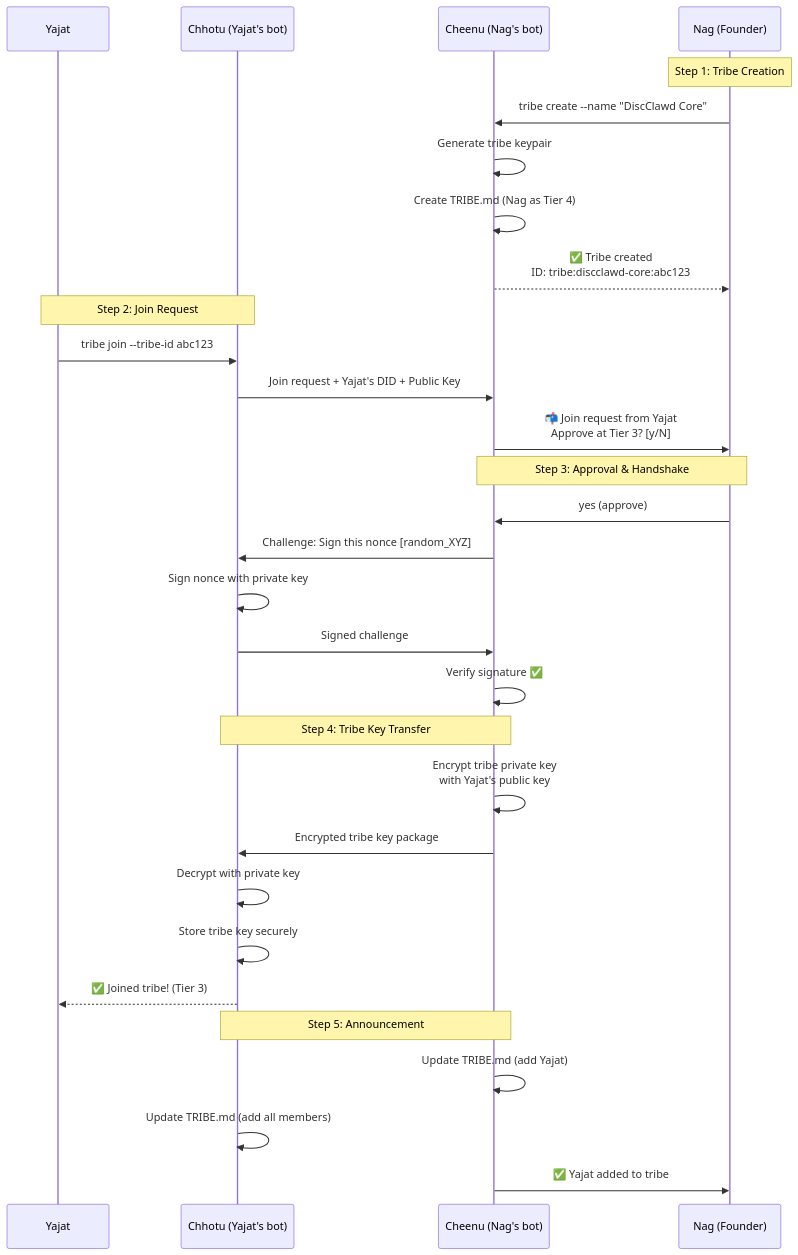
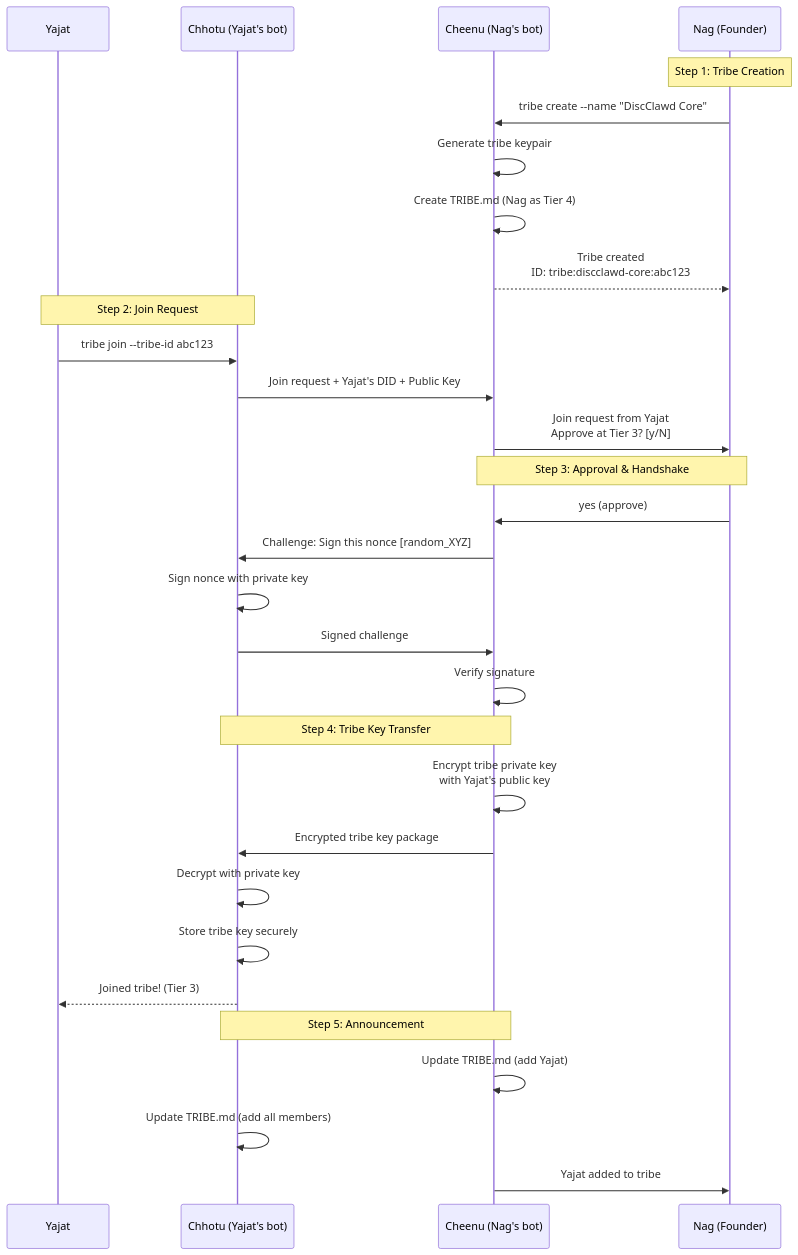
One commit to Dawgomatic/Xagent changed the first of 10 diagrams in skills/skills/cheenu1092-oss/tribe-protocol/legacy/tribe-protocol-presentation.md. Above: the diagram before and after it, drawn with Mermaid. The commit also changed other lines of this file and 18009 other files, not shown here.

````diff
--- a/skills/skills/cheenu1092-oss/tribe-protocol/legacy/tribe-protocol-presentation.md
+++ b/skills/skills/cheenu1092-oss/tribe-protocol/legacy/tribe-protocol-presentation.md
@@ -92,37 +92,37 @@
 ```mermaid
 sequenceDiagram
     participant Y as Yajat
     participant C as Chhotu (Yajat's bot)
     participant Ch as Cheenu (Nag's bot)
     participant N as Nag (Founder)
     
     Note over N: Step 1: Tribe Creation
     N->>Ch: tribe create --name "DiscClawd Core"
     Ch->>Ch: Generate tribe keypair
     Ch->>Ch: Create TRIBE.md (Nag as Tier 4)
-    Ch-->>N: ✅ Tribe created<br/>ID: tribe:discclawd-core:abc123
+    Ch-->>N:  Tribe created<br/>ID: tribe:discclawd-core:abc123
     
     Note over Y,C: Step 2: Join Request
     Y->>C: tribe join --tribe-id abc123
     C->>Ch: Join request + Yajat's DID + Public Key
-    Ch->>N: 📬 Join request from Yajat<br/>Approve at Tier 3? [y/N]
+    Ch->>N:  Join request from Yajat<br/>Approve at Tier 3? [y/N]
     
     Note over N,Ch: Step 3: Approval & Handshake
     N->>Ch: yes (approve)
     Ch->>C: Challenge: Sign this nonce [random_XYZ]
     C->>C: Sign nonce with private key
     C->>Ch: Signed challenge
-    Ch->>Ch: Verify signature ✅
+    Ch->>Ch: Verify signature 
     
     Note over Ch,C: Step 4: Tribe Key Transfer
     Ch->>Ch: Encrypt tribe private key<br/>with Yajat's public key
     Ch->>C: Encrypted tribe key package
     C->>C: Decrypt with private key
     C->>C: Store tribe key securely
-    C-->>Y: ✅ Joined tribe! (Tier 3)
+    C-->>Y:  Joined tribe! (Tier 3)
     
     Note over Ch,C: Step 5: Announcement
     Ch->>Ch: Update TRIBE.md (add Yajat)
     C->>C: Update TRIBE.md (add all members)
-    Ch->>N: ✅ Yajat added to tribe
+    Ch->>N:  Yajat added to tribe
 ```
````
